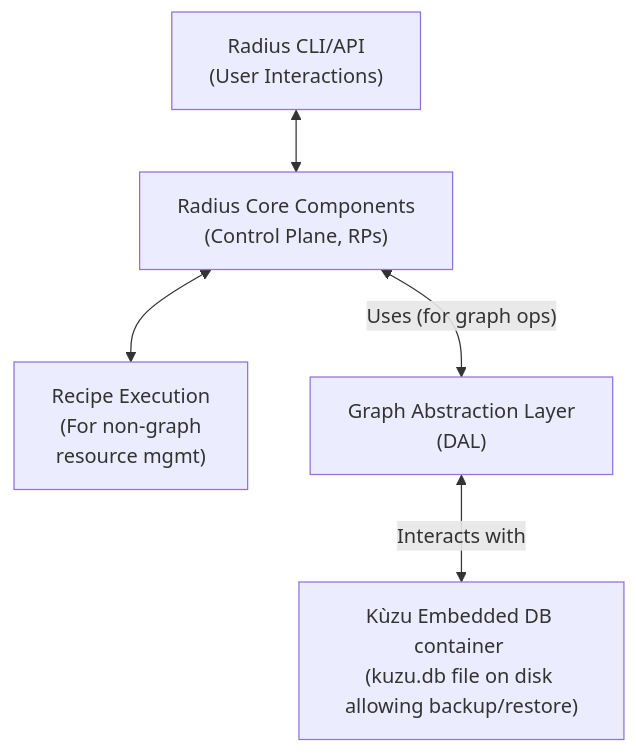
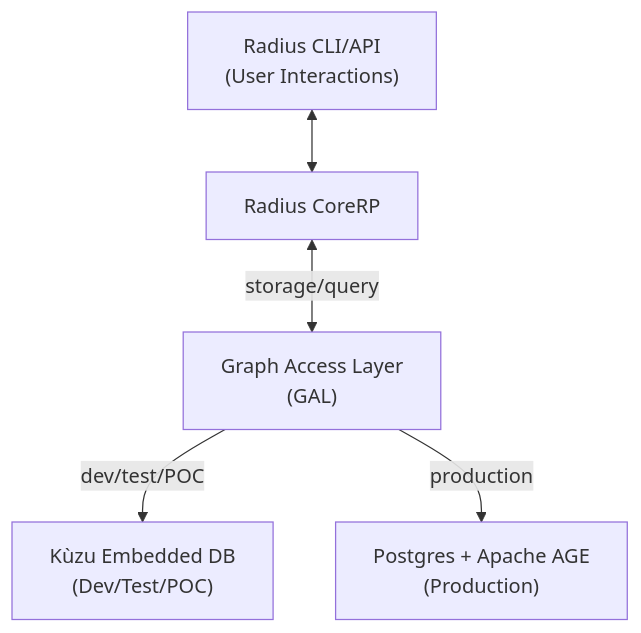
Before and after one commit to radius-project/design-notes: the first of 2 diagrams in architecture/2025-06-non-k8s-controlplane/2025-06-graph-db-replace-planes.md, drawn with Mermaid. The commit also changed other lines of this file, not shown here.

````diff
--- a/architecture/2025-06-non-k8s-controlplane/2025-06-graph-db-replace-planes.md
+++ b/architecture/2025-06-non-k8s-controlplane/2025-06-graph-db-replace-planes.md
@@ -125,13 +155,13 @@
 ```mermaid
 graph TD
     A["Radius CLI/API <br/>(User Interactions)"]
-    B["Radius Core Components <br/>(Control Plane, RPs)"]
-    C["Recipe Execution<br/>(For non-graph <br/>resource mgmt)"]
-    D["Graph Abstraction Layer <br/>(DAL)"]
-    E["Kùzu Embedded DB container <br/>(kuzu.db file on disk allowing backup/restore)"]
+    B["Radius CoreRP<br/>"]
+    D["Graph Access Layer <br/>(GAL)"]
+    E1["Kùzu Embedded DB <br/>(Dev/Test/POC)"]
+    E2["Postgres + Apache AGE <br/>(Production)"]
 
     A <--> B
-    B <--> C
-    B <-->|"Uses (for graph ops)"| D
-    D <-->|"Interacts with"| E
+    B <-->|"storage/query"| D
+    D -- "dev/test/POC" --> E1
+    D -- "production" --> E2
 ```
````
